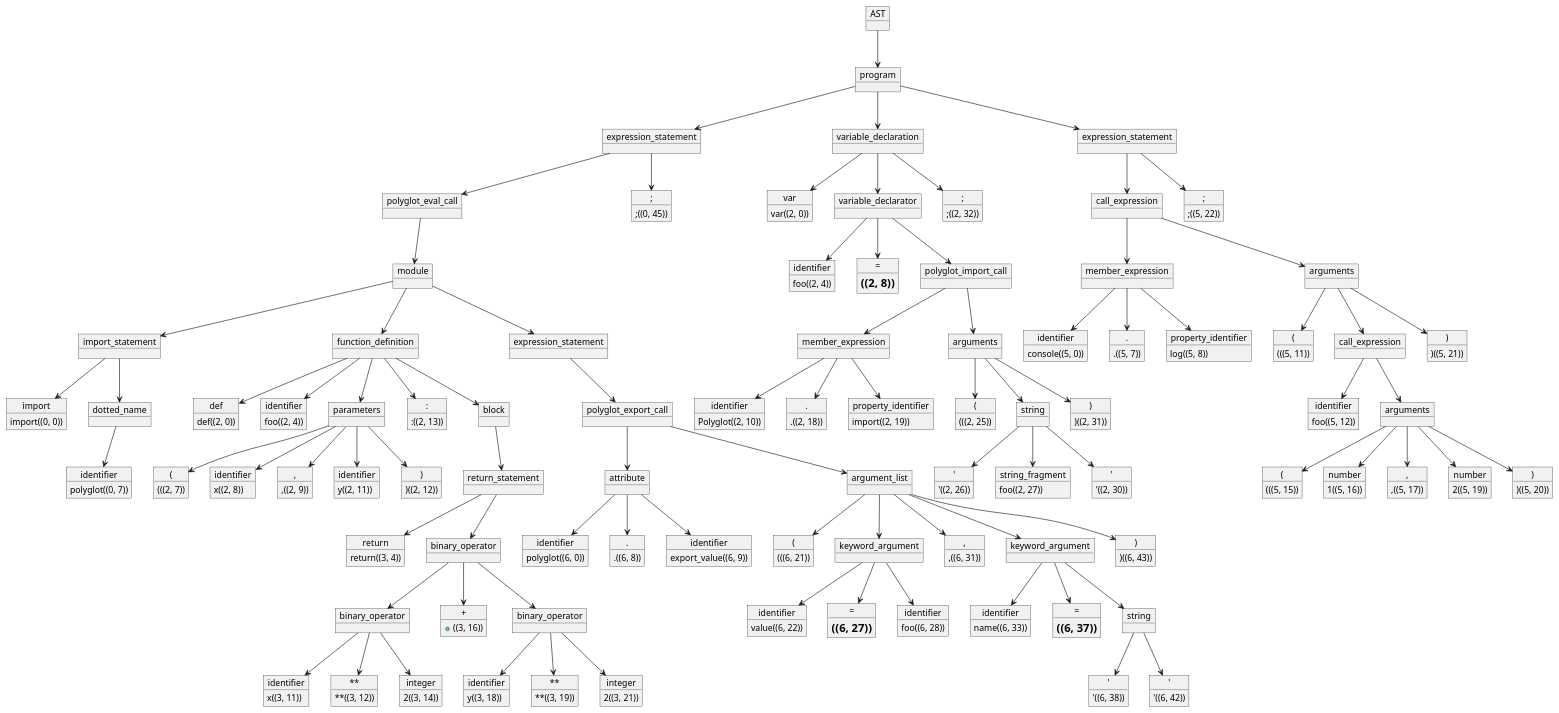
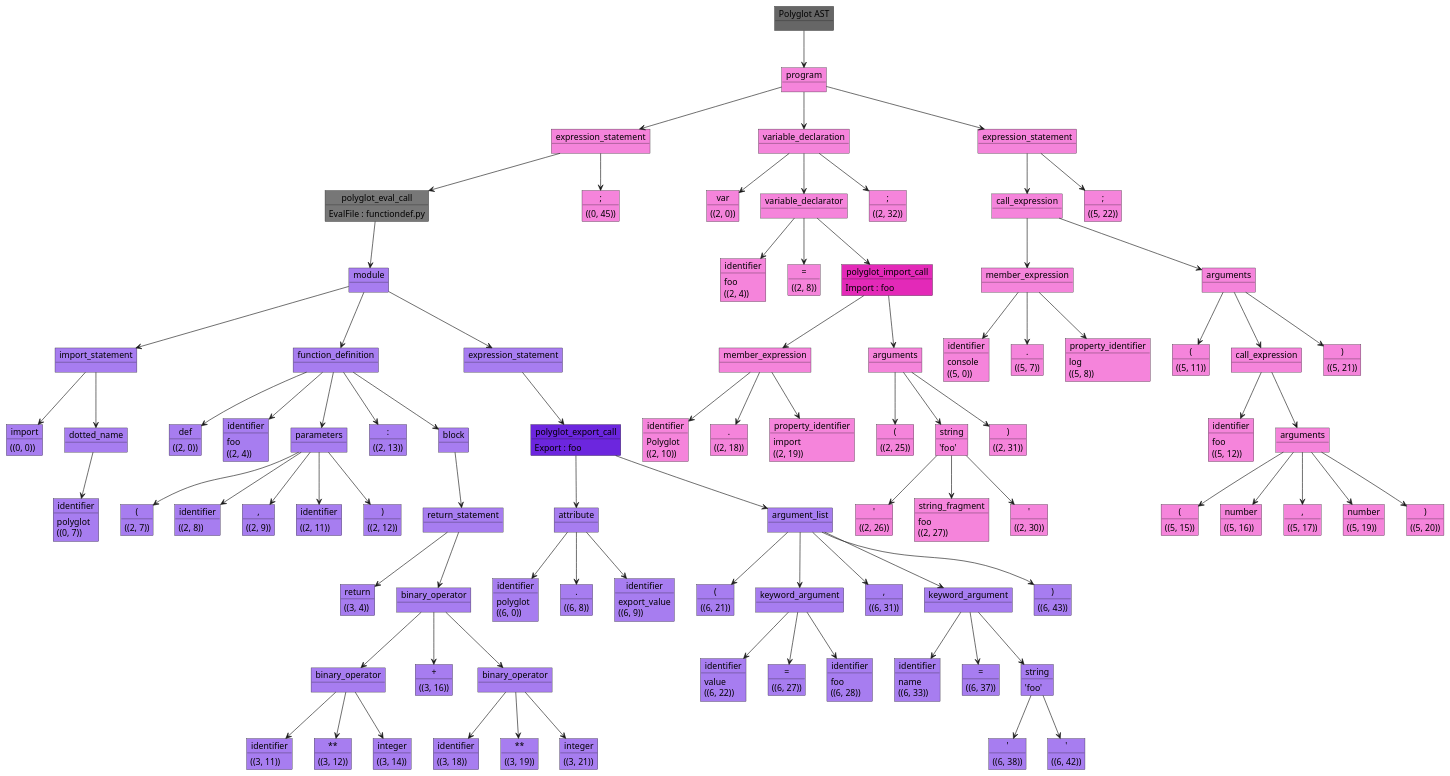
One commit to yami2200/PolyglotAST changed the diagram in UMLrepresentations/functionusage.puml. Above: the diagram before and after it, drawn with PlantUML. The commit also changed 6 other files, not shown here.

```diff
--- a/UMLrepresentations/functionusage.puml
+++ b/UMLrepresentations/functionusage.puml
@@ -1,235 +1,254 @@
 @startuml
-object "AST" as AST
-object "program" as program0
-AST -down-> program0
-object "expression_statement" as expression_statement1
-program0 -down-> expression_statement1
-object "polyglot_eval_call" as polyglot_eval_call2
-expression_statement1 -down-> polyglot_eval_call2
-object "module" as module3
-polyglot_eval_call2 -down-> module3
-object "import_statement" as import_statement4
-module3 -down-> import_statement4
-object "import" as 5
-5 : import((0, 0))
-import_statement4 -down-> 5
-object "dotted_name" as dotted_name6
-import_statement4 -down-> dotted_name6
-object "identifier" as 7
-7 : polyglot((0, 7))
-dotted_name6 -down-> 7
-object "function_definition" as function_definition8
-module3 -down-> function_definition8
-object "def" as 9
-9 : def((2, 0))
-function_definition8 -down-> 9
-object "identifier" as 10
-10 : foo((2, 4))
-function_definition8 -down-> 10
-object "parameters" as parameters11
-function_definition8 -down-> parameters11
-object "(" as 12
-12 : (((2, 7))
-parameters11 -down-> 12
-object "identifier" as 13
-13 : x((2, 8))
-parameters11 -down-> 13
-object "," as 14
-14 : ,((2, 9))
-parameters11 -down-> 14
-object "identifier" as 15
-15 : y((2, 11))
-parameters11 -down-> 15
-object ")" as 16
-16 : )((2, 12))
-parameters11 -down-> 16
-object ":" as 17
-17 : :((2, 13))
-function_definition8 -down-> 17
-object "block" as block18
-function_definition8 -down-> block18
-object "return_statement" as return_statement19
-block18 -down-> return_statement19
-object "return" as 20
-20 : return((3, 4))
-return_statement19 -down-> 20
-object "binary_operator" as binary_operator21
-return_statement19 -down-> binary_operator21
-object "binary_operator" as binary_operator22
-binary_operator21 -down-> binary_operator22
-object "identifier" as 23
-23 : x((3, 11))
-binary_operator22 -down-> 23
-object "**" as 24
-24 : **((3, 12))
-binary_operator22 -down-> 24
-object "integer" as 25
-25 : 2((3, 14))
-binary_operator22 -down-> 25
-object "+" as 26
-26 : +((3, 16))
-binary_operator21 -down-> 26
-object "binary_operator" as binary_operator27
-binary_operator21 -down-> binary_operator27
-object "identifier" as 28
-28 : y((3, 18))
-binary_operator27 -down-> 28
-object "**" as 29
-29 : **((3, 19))
-binary_operator27 -down-> 29
-object "integer" as 30
-30 : 2((3, 21))
-binary_operator27 -down-> 30
-object "expression_statement" as expression_statement31
-module3 -down-> expression_statement31
-object "polyglot_export_call" as polyglot_export_call32
-expression_statement31 -down-> polyglot_export_call32
-object "attribute" as attribute33
-polyglot_export_call32 -down-> attribute33
-object "identifier" as 34
-34 : polyglot((6, 0))
-attribute33 -down-> 34
-object "." as 35
-35 : .((6, 8))
-attribute33 -down-> 35
-object "identifier" as 36
-36 : export_value((6, 9))
-attribute33 -down-> 36
-object "argument_list" as argument_list37
-polyglot_export_call32 -down-> argument_list37
-object "(" as 38
-38 : (((6, 21))
-argument_list37 -down-> 38
-object "keyword_argument" as keyword_argument39
-argument_list37 -down-> keyword_argument39
-object "identifier" as 40
-40 : value((6, 22))
-keyword_argument39 -down-> 40
-object "=" as 41
-41 : =((6, 27))
-keyword_argument39 -down-> 41
-object "identifier" as 42
-42 : foo((6, 28))
-keyword_argument39 -down-> 42
-object "," as 43
-43 : ,((6, 31))
-argument_list37 -down-> 43
-object "keyword_argument" as keyword_argument44
-argument_list37 -down-> keyword_argument44
-object "identifier" as 45
-45 : name((6, 33))
-keyword_argument44 -down-> 45
-object "=" as 46
-46 : =((6, 37))
-keyword_argument44 -down-> 46
-object "string" as string47
-keyword_argument44 -down-> string47
-object "'" as 48
-48 : '((6, 38))
-string47 -down-> 48
-object "'" as 49
-49 : '((6, 42))
-string47 -down-> 49
-object ")" as 50
-50 : )((6, 43))
-argument_list37 -down-> 50
-object ";" as 51
-51 : ;((0, 45))
-expression_statement1 -down-> 51
-object "variable_declaration" as variable_declaration52
-program0 -down-> variable_declaration52
-object "var" as 53
-53 : var((2, 0))
-variable_declaration52 -down-> 53
-object "variable_declarator" as variable_declarator54
-variable_declaration52 -down-> variable_declarator54
-object "identifier" as 55
-55 : foo((2, 4))
-variable_declarator54 -down-> 55
-object "=" as 56
-56 : =((2, 8))
-variable_declarator54 -down-> 56
-object "polyglot_import_call" as polyglot_import_call57
-variable_declarator54 -down-> polyglot_import_call57
-object "member_expression" as member_expression58
-polyglot_import_call57 -down-> member_expression58
-object "identifier" as 59
-59 : Polyglot((2, 10))
-member_expression58 -down-> 59
-object "." as 60
-60 : .((2, 18))
-member_expression58 -down-> 60
-object "property_identifier" as 61
-61 : import((2, 19))
-member_expression58 -down-> 61
-object "arguments" as arguments62
-polyglot_import_call57 -down-> arguments62
-object "(" as 63
-63 : (((2, 25))
-arguments62 -down-> 63
-object "string" as string64
-arguments62 -down-> string64
-object "'" as 65
-65 : '((2, 26))
-string64 -down-> 65
-object "string_fragment" as 66
-66 : foo((2, 27))
-string64 -down-> 66
-object "'" as 67
-67 : '((2, 30))
-string64 -down-> 67
-object ")" as 68
-68 : )((2, 31))
-arguments62 -down-> 68
-object ";" as 69
-69 : ;((2, 32))
-variable_declaration52 -down-> 69
-object "expression_statement" as expression_statement70
-program0 -down-> expression_statement70
-object "call_expression" as call_expression71
-expression_statement70 -down-> call_expression71
-object "member_expression" as member_expression72
-call_expression71 -down-> member_expression72
-object "identifier" as 73
-73 : console((5, 0))
-member_expression72 -down-> 73
-object "." as 74
-74 : .((5, 7))
-member_expression72 -down-> 74
-object "property_identifier" as 75
-75 : log((5, 8))
-member_expression72 -down-> 75
-object "arguments" as arguments76
-call_expression71 -down-> arguments76
-object "(" as 77
-77 : (((5, 11))
-arguments76 -down-> 77
-object "call_expression" as call_expression78
-arguments76 -down-> call_expression78
-object "identifier" as 79
-79 : foo((5, 12))
-call_expression78 -down-> 79
-object "arguments" as arguments80
-call_expression78 -down-> arguments80
-object "(" as 81
-81 : (((5, 15))
-arguments80 -down-> 81
-object "number" as 82
-82 : 1((5, 16))
-arguments80 -down-> 82
-object "," as 83
-83 : ,((5, 17))
-arguments80 -down-> 83
-object "number" as 84
-84 : 2((5, 19))
-arguments80 -down-> 84
-object ")" as 85
-85 : )((5, 20))
-arguments80 -down-> 85
-object ")" as 86
-86 : )((5, 21))
-arguments76 -down-> 86
-object ";" as 87
-87 : ;((5, 22))
-expression_statement70 -down-> 87
+object "Polyglot AST" as 0 #666
+object "program" as 1 #f584db
+0 -down-> 1
+object "expression_statement" as 2 #f584db
+1 -down-> 2
+object "polyglot_eval_call" as 3 #777
+3 : EvalFile : functiondef.py
+2 -down-> 3
+object "module" as 4 #a77df0
+3 -down-> 4
+object "import_statement" as 5 #a77df0
+4 -down-> 5
+object "import" as 6 #a77df0
+6 : ((0, 0))
+5 -down-> 6
+object "dotted_name" as 8 #a77df0
+5 -down-> 8
+object "identifier" as 9 #a77df0
+9 : polyglot
+9 : ((0, 7))
+8 -down-> 9
+object "function_definition" as 13 #a77df0
+4 -down-> 13
+object "def" as 14 #a77df0
+14 : ((2, 0))
+13 -down-> 14
+object "identifier" as 16 #a77df0
+16 : foo
+16 : ((2, 4))
+13 -down-> 16
+object "parameters" as 18 #a77df0
+13 -down-> 18
+object "(" as 19 #a77df0
+19 : ((2, 7))
+18 -down-> 19
+object "identifier" as 21 #a77df0
+21 : ((2, 8))
+18 -down-> 21
+object "," as 23 #a77df0
+23 : ((2, 9))
+18 -down-> 23
+object "identifier" as 25 #a77df0
+25 : ((2, 11))
+18 -down-> 25
+object ")" as 27 #a77df0
+27 : ((2, 12))
+18 -down-> 27
+object ":" as 30 #a77df0
+30 : ((2, 13))
+13 -down-> 30
+object "block" as 32 #a77df0
+13 -down-> 32
+object "return_statement" as 33 #a77df0
+32 -down-> 33
+object "return" as 34 #a77df0
+34 : ((3, 4))
+33 -down-> 34
+object "binary_operator" as 36 #a77df0
+33 -down-> 36
+object "binary_operator" as 37 #a77df0
+36 -down-> 37
+object "identifier" as 38 #a77df0
+38 : ((3, 11))
+37 -down-> 38
+object "**" as 40 #a77df0
+40 : ((3, 12))
+37 -down-> 40
+object "integer" as 42 #a77df0
+42 : ((3, 14))
+37 -down-> 42
+object "+" as 45 #a77df0
+45 : ((3, 16))
+36 -down-> 45
+object "binary_operator" as 47 #a77df0
+36 -down-> 47
+object "identifier" as 48 #a77df0
+48 : ((3, 18))
+47 -down-> 48
+object "**" as 50 #a77df0
+50 : ((3, 19))
+47 -down-> 50
+object "integer" as 52 #a77df0
+52 : ((3, 21))
+47 -down-> 52
+object "expression_statement" as 59 #a77df0
+4 -down-> 59
+object "polyglot_export_call" as 60 #6c26de
+60 : Export : foo
+59 -down-> 60
+object "attribute" as 61 #a77df0
+60 -down-> 61
+object "identifier" as 62 #a77df0
+62 : polyglot
+62 : ((6, 0))
+61 -down-> 62
+object "." as 64 #a77df0
+64 : ((6, 8))
+61 -down-> 64
+object "identifier" as 66 #a77df0
+66 : export_value
+66 : ((6, 9))
+61 -down-> 66
+object "argument_list" as 69 #a77df0
+60 -down-> 69
+object "(" as 70 #a77df0
+70 : ((6, 21))
+69 -down-> 70
+object "keyword_argument" as 72 #a77df0
+69 -down-> 72
+object "identifier" as 73 #a77df0
+73 : value
+73 : ((6, 22))
+72 -down-> 73
+object "=" as 75 #a77df0
+75 : ((6, 27))
+72 -down-> 75
+object "identifier" as 77 #a77df0
+77 : foo
+77 : ((6, 28))
+72 -down-> 77
+object "," as 80 #a77df0
+80 : ((6, 31))
+69 -down-> 80
+object "keyword_argument" as 82 #a77df0
+69 -down-> 82
+object "identifier" as 83 #a77df0
+83 : name
+83 : ((6, 33))
+82 -down-> 83
+object "=" as 85 #a77df0
+85 : ((6, 37))
+82 -down-> 85
+object "string" as 87 #a77df0
+87 : 'foo'
+82 -down-> 87
+object "'" as 88 #a77df0
+88 : ((6, 38))
+87 -down-> 88
+object "'" as 90 #a77df0
+90 : ((6, 42))
+87 -down-> 90
+object ")" as 94 #a77df0
+94 : ((6, 43))
+69 -down-> 94
+object ";" as 101 #f584db
+101 : ((0, 45))
+2 -down-> 101
+object "variable_declaration" as 104 #f584db
+1 -down-> 104
+object "var" as 105 #f584db
+105 : ((2, 0))
+104 -down-> 105
+object "variable_declarator" as 107 #f584db
+104 -down-> 107
+object "identifier" as 108 #f584db
+108 : foo
+108 : ((2, 4))
+107 -down-> 108
+object "=" as 110 #f584db
+110 : ((2, 8))
+107 -down-> 110
+object "polyglot_import_call" as 112 #e329b8
+112 : Import : foo
+107 -down-> 112
+object "member_expression" as 113 #f584db
+112 -down-> 113
+object "identifier" as 114 #f584db
+114 : Polyglot
+114 : ((2, 10))
+113 -down-> 114
+object "." as 116 #f584db
+116 : ((2, 18))
+113 -down-> 116
+object "property_identifier" as 118 #f584db
+118 : import
+118 : ((2, 19))
+113 -down-> 118
+object "arguments" as 121 #f584db
+112 -down-> 121
+object "(" as 122 #f584db
+122 : ((2, 25))
+121 -down-> 122
+object "string" as 124 #f584db
+124 : 'foo'
+121 -down-> 124
+object "'" as 125 #f584db
+125 : ((2, 26))
+124 -down-> 125
+object "string_fragment" as 127 #f584db
+127 : foo
+127 : ((2, 27))
+124 -down-> 127
+object "'" as 129 #f584db
+129 : ((2, 30))
+124 -down-> 129
+object ")" as 132 #f584db
+132 : ((2, 31))
+121 -down-> 132
+object ";" as 137 #f584db
+137 : ((2, 32))
+104 -down-> 137
+object "expression_statement" as 140 #f584db
+1 -down-> 140
+object "call_expression" as 141 #f584db
+140 -down-> 141
+object "member_expression" as 142 #f584db
+141 -down-> 142
+object "identifier" as 143 #f584db
+143 : console
+143 : ((5, 0))
+142 -down-> 143
+object "." as 145 #f584db
+145 : ((5, 7))
+142 -down-> 145
+object "property_identifier" as 147 #f584db
+147 : log
+147 : ((5, 8))
+142 -down-> 147
+object "arguments" as 150 #f584db
+141 -down-> 150
+object "(" as 151 #f584db
+151 : ((5, 11))
+150 -down-> 151
+object "call_expression" as 153 #f584db
+150 -down-> 153
+object "identifier" as 154 #f584db
+154 : foo
+154 : ((5, 12))
+153 -down-> 154
+object "arguments" as 156 #f584db
+153 -down-> 156
+object "(" as 157 #f584db
+157 : ((5, 15))
+156 -down-> 157
+object "number" as 159 #f584db
+159 : ((5, 16))
+156 -down-> 159
+object "," as 161 #f584db
+161 : ((5, 17))
+156 -down-> 161
+object "number" as 163 #f584db
+163 : ((5, 19))
+156 -down-> 163
+object ")" as 165 #f584db
+165 : ((5, 20))
+156 -down-> 165
+object ")" as 169 #f584db
+169 : ((5, 21))
+150 -down-> 169
+object ";" as 173 #f584db
+173 : ((5, 22))
+140 -down-> 173
 @enduml
```
